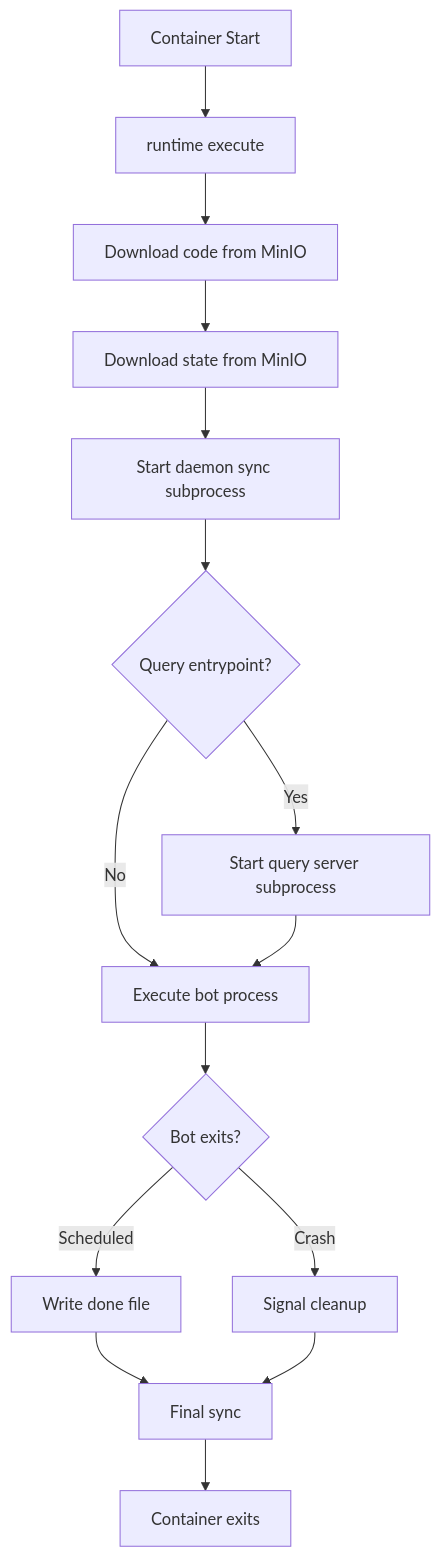
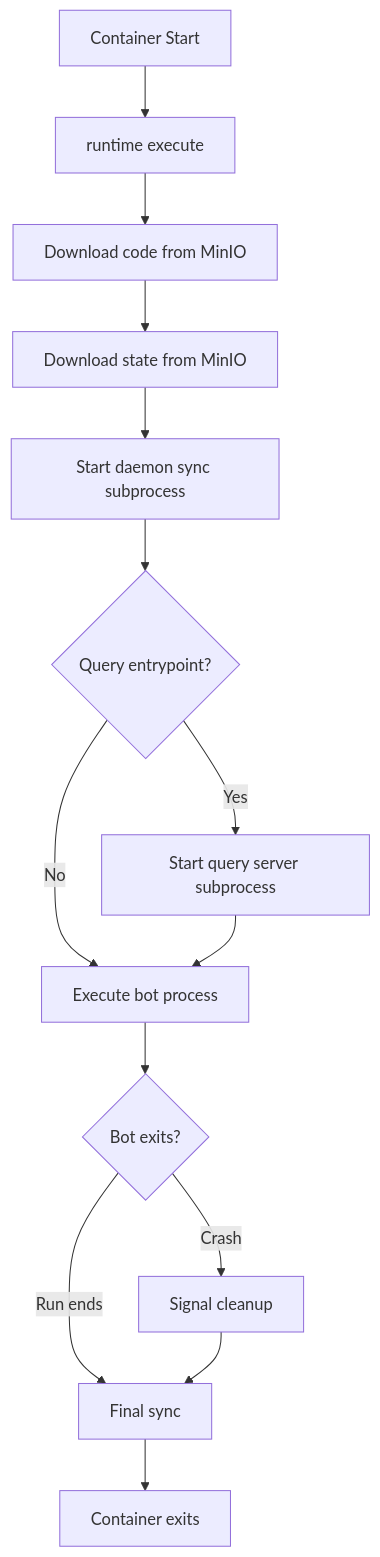
The second of 2 diagrams in docs/runtime/docker-mode.md (alexanderwanyoike/the0), drawn with Mermaid before and after one commit. The commit also changed other lines of this file and 9 other files, not shown here.

````diff
--- a/docs/runtime/docker-mode.md
+++ b/docs/runtime/docker-mode.md
@@ -65,17 +65,16 @@
 ```mermaid
 flowchart TD
     A[Container Start] --> B[runtime execute]
     B --> C[Download code from MinIO]
     C --> D[Download state from MinIO]
     D --> E[Start daemon sync subprocess]
     E --> F{Query entrypoint?}
     F -->|Yes| G[Start query server subprocess]
     F -->|No| H[Execute bot process]
     G --> H
     H --> I{Bot exits?}
-    I -->|Scheduled| J[Write done file]
+    I -->|Run ends| L[Final sync]
     I -->|Crash| K[Signal cleanup]
-    J --> L[Final sync]
     K --> L
     L --> M[Container exits]
 ```
````
